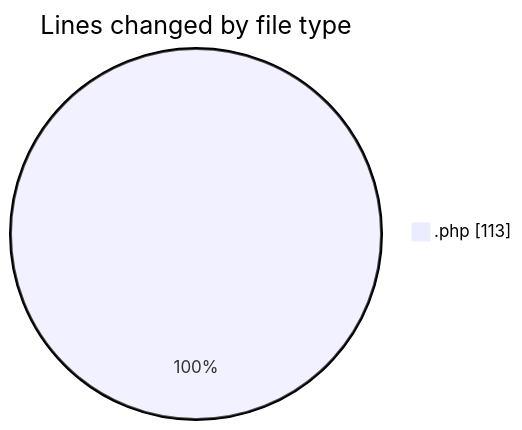
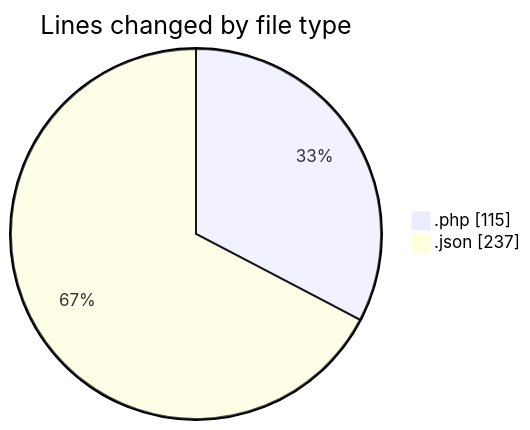
The first of 2 diagrams in 2025-05-26/bookingpodcas/README.md (idhammustaqopulfikri/code-tracking), drawn with Mermaid before and after one commit. The commit also changed other lines of this file and 1 other file, not shown here.

````diff
--- a/2025-05-26/bookingpodcas/README.md
+++ b/2025-05-26/bookingpodcas/README.md
@@ -22,5 +23,6 @@
 ```mermaid
 pie showData
 title Lines changed by file type
-".php" : 113
+".php" : 115
+".json" : 237
 ```
````
